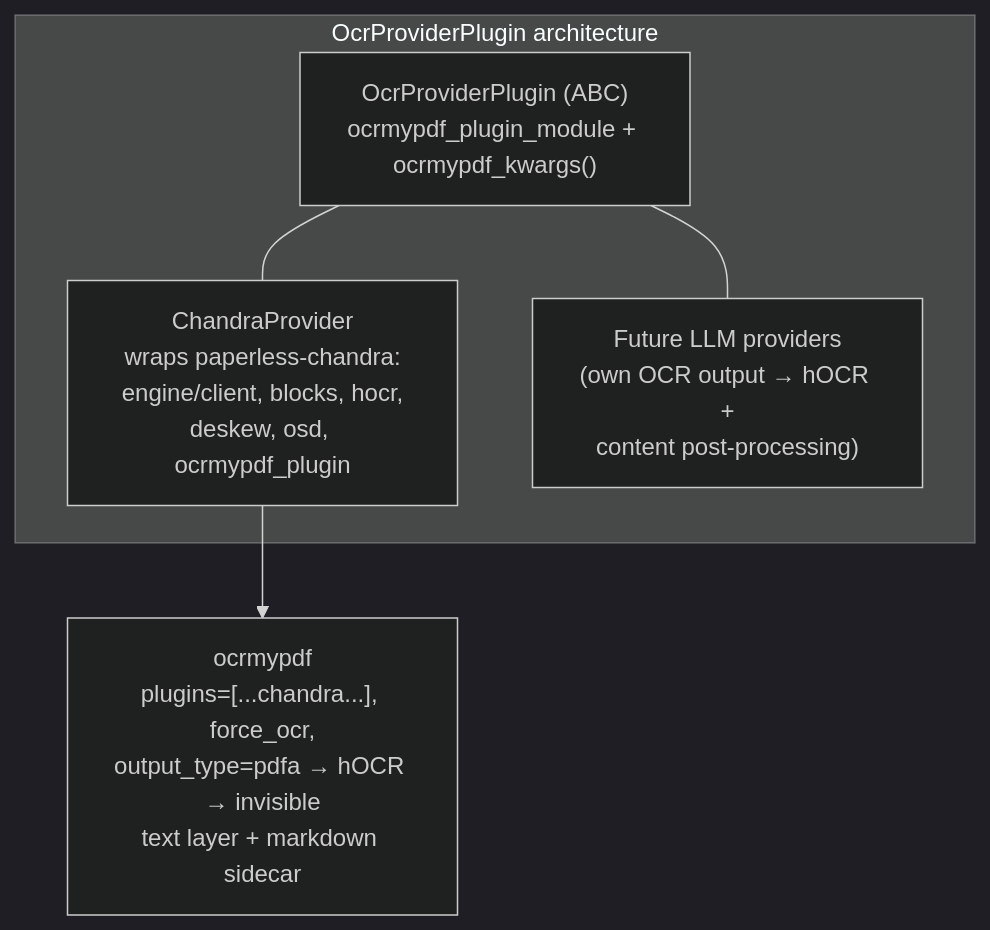
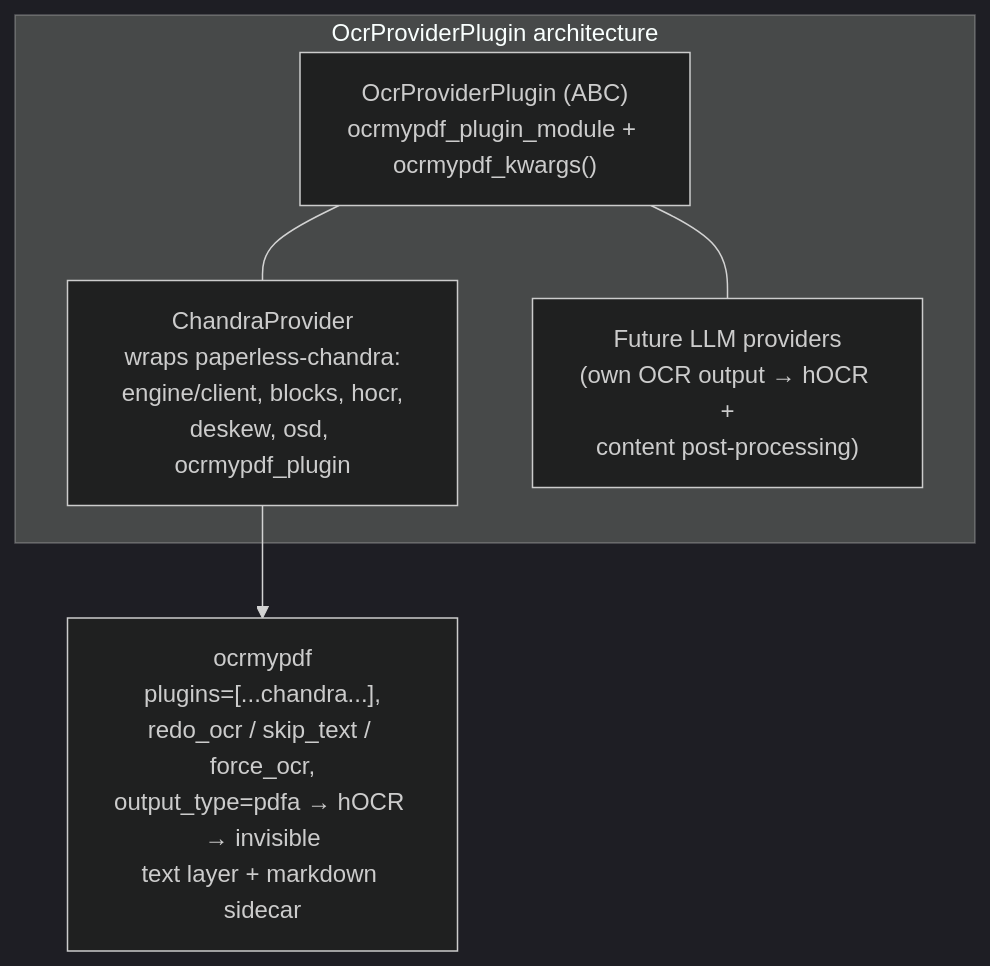
One commit to strichte/paperless-rearchive changed the second of 2 diagrams in README.md. Above: the diagram before and after it, drawn with Mermaid (dark theme). The commit also changed other lines of this file and 21 other files, not shown here.

````diff
--- a/README.md
+++ b/README.md
@@ -96,11 +136,11 @@
 ```mermaid
 flowchart TB
     subgraph providers["OcrProviderPlugin architecture"]
         ABC["OcrProviderPlugin (ABC)<br/>ocrmypdf_plugin_module + ocrmypdf_kwargs()"]
         CHANDRA["ChandraProvider<br/>wraps paperless-chandra:<br/>engine/client, blocks, hocr,<br/>deskew, osd, ocrmypdf_plugin"]
         FUTURE["Future LLM providers<br/>(own OCR output → hOCR +<br/>content post-processing)"]
         ABC --- CHANDRA
         ABC --- FUTURE
     end
-    CHANDRA --> OMP["ocrmypdf<br/>plugins=[...chandra...], force_ocr,<br/>output_type=pdfa → hOCR → invisible<br/>text layer + markdown sidecar"]
+    CHANDRA --> OMP["ocrmypdf<br/>plugins=[...chandra...],<br/>redo_ocr / skip_text / force_ocr,<br/>output_type=pdfa → hOCR → invisible<br/>text layer + markdown sidecar"]
 ```
````
